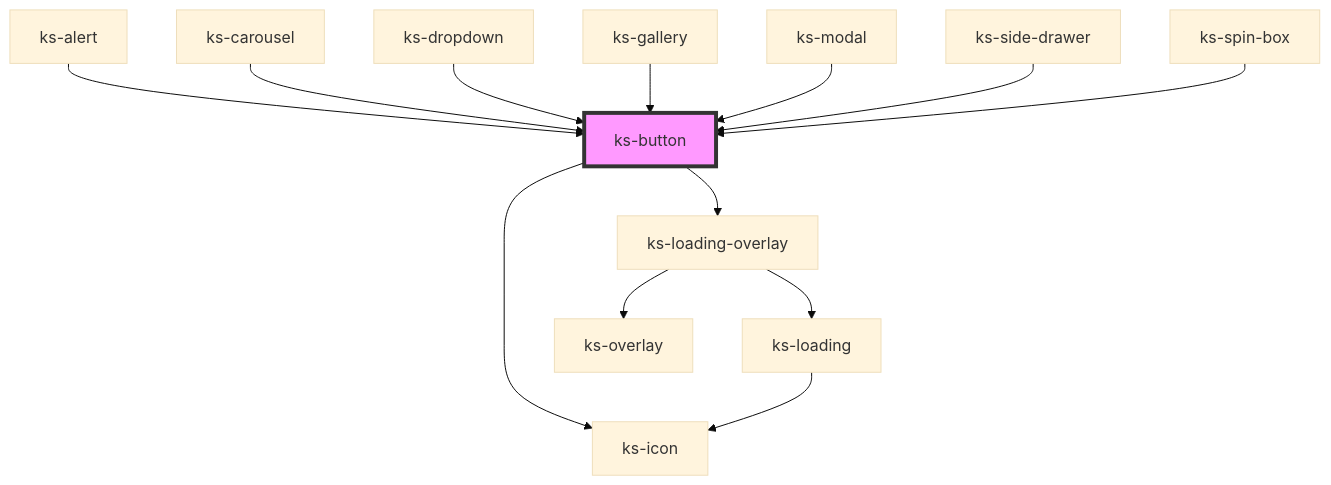
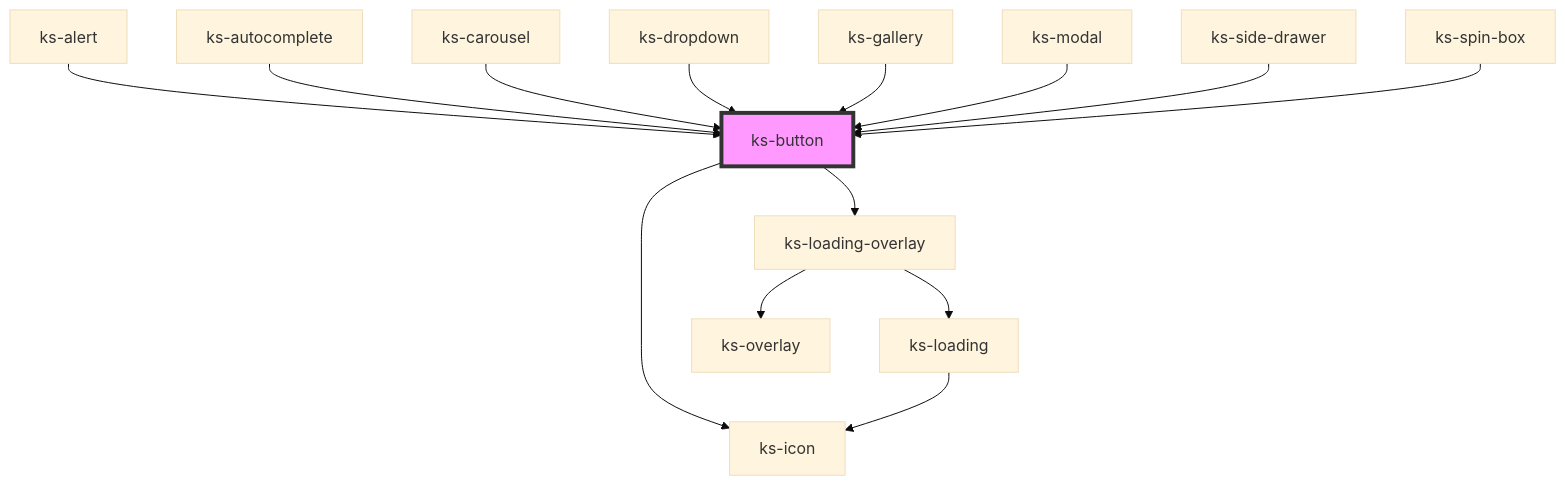
The diagram in src/scripts/components/button/readme.md (kickstand-ui/kickstand-ui), drawn with Mermaid (base theme) before and after one commit. The commit also changed other lines of this file and 6 other files, not shown here.

Commit message:
add clear button to autocomplete

````diff
--- a/src/scripts/components/button/readme.md
+++ b/src/scripts/components/button/readme.md
@@ -51,16 +52,17 @@
 ```mermaid
 graph TD;
   ks-button --> ks-icon
   ks-button --> ks-loading-overlay
   ks-loading-overlay --> ks-overlay
   ks-loading-overlay --> ks-loading
   ks-loading --> ks-icon
   ks-alert --> ks-button
+  ks-autocomplete --> ks-button
   ks-carousel --> ks-button
   ks-dropdown --> ks-button
   ks-gallery --> ks-button
   ks-modal --> ks-button
   ks-side-drawer --> ks-button
   ks-spin-box --> ks-button
   style ks-button fill:#f9f,stroke:#333,stroke-width:4px
 ```
````
